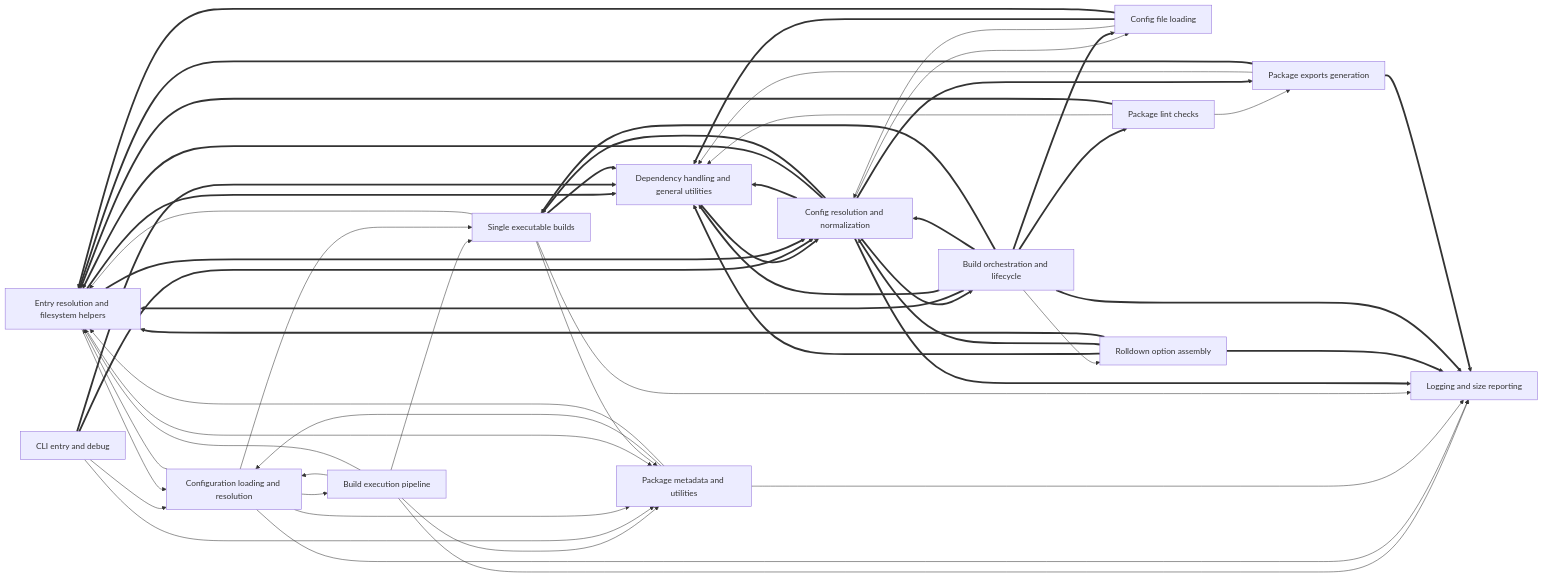
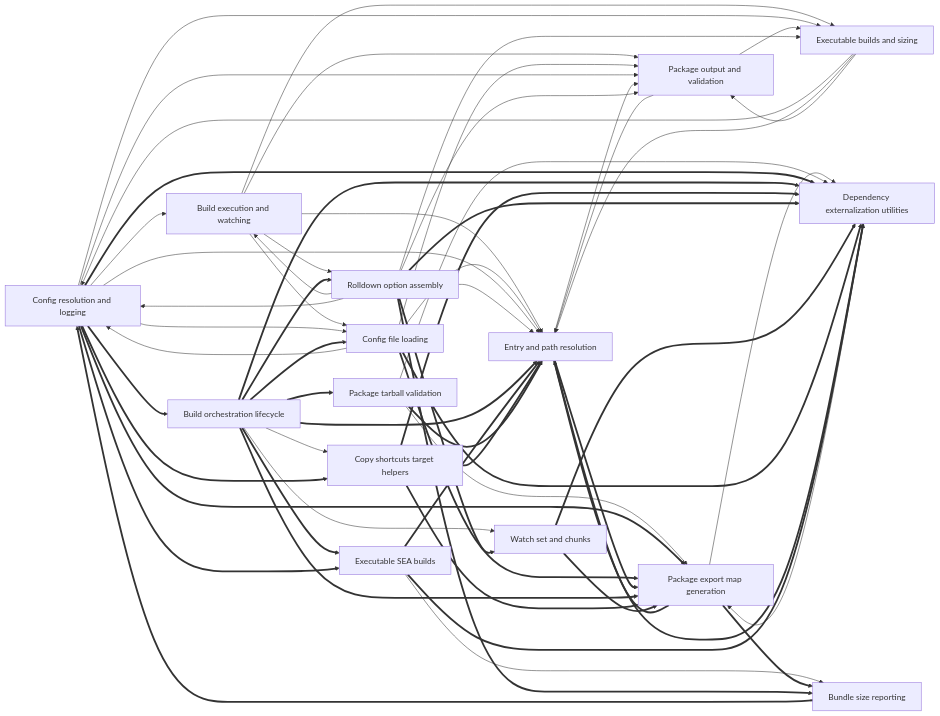
Before and after one commit to zlxdengtianhei/codebase-explorer: the diagram in examples/tsdown/docs/DEPENDENCIES.md, drawn with Mermaid. The commit also changed other lines of this file and 364 other files, not shown here.

````diff
--- a/examples/tsdown/docs/DEPENDENCIES.md
+++ b/examples/tsdown/docs/DEPENDENCIES.md
@@ -6,71 +6,79 @@
 ```mermaid
 flowchart LR
-  n0["Entry resolution and filesystem helpers"]
-  n1["Config resolution and normalization"]
-  n2["Dependency handling and general utilities"]
-  n3["Build orchestration and lifecycle"]
-  n4["Configuration loading and resolution"]
-  n5["Logging and size reporting"]
-  n6["Package metadata and utilities"]
-  n7["Single executable builds"]
-  n8["Build execution pipeline"]
-  n9["Config file loading"]
-  n10["Package exports generation"]
-  n11["Rolldown option assembly"]
-  n12["CLI entry and debug"]
-  n13["Package lint checks"]
-  n8 --> n4
-  n8 --> n0
+  n0["Config resolution and logging"]
+  n1["Entry and path resolution"]
+  n2["Dependency externalization utilities"]
+  n3["Package export map generation"]
+  n4["Build orchestration lifecycle"]
+  n5["Rolldown option assembly"]
+  n6["Package output and validation"]
+  n7["Config file loading"]
+  n8["Build execution and watching"]
+  n9["Executable builds and sizing"]
+  n10["Copy shortcuts target helpers"]
+  n11["Executable SEA builds"]
+  n12["Bundle size reporting"]
+  n13["Package tarball validation"]
+  n14["Watch set and chunks"]
+  n8 --> n7
+  n8 --> n1
+  n8 --> n9
+  n8 --> n6
   n8 --> n5
-  n8 --> n6
-  n8 --> n7
-  n3 --> n11
-  n12 --> n4
-  n12 --> n6
+  n4 --> n10
+  n4 --> n14
+  n7 --> n0
+  n7 --> n1
+  n7 --> n6
+  n0 --> n8
+  n0 --> n7
+  n0 --> n1
+  n0 --> n9
+  n0 --> n6
+  n2 --> n3
+  n1 --> n6
+  n9 --> n0
   n9 --> n1
-  n1 --> n9
-  n4 --> n8
-  n4 --> n0
-  n4 --> n5
-  n4 --> n6
-  n4 --> n7
-  n0 --> n4
-  n0 --> n6
-  n10 --> n2
+  n9 --> n6
+  n11 --> n12
+  n3 --> n2
+  n6 --> n1
+  n6 --> n9
   n13 --> n2
-  n13 --> n10
-  n6 --> n4
-  n6 --> n0
-  n6 --> n5
-  n7 --> n0
-  n7 --> n5
-  n7 --> n6
-  n3 ==> n0
+  n13 --> n3
+  n5 --> n8
+  n5 --> n0
+  n5 --> n1
+  n5 --> n9
+  n5 --> n6
+  n0 ==> n2
+  n4 ==> n1
+  n4 ==> n2
+  n0 ==> n3
+  n10 ==> n2
+  n5 ==> n2
+  n4 ==> n13
+  n4 ==> n5
+  n7 ==> n3
+  n1 ==> n3
+  n11 ==> n1
+  n14 ==> n2
+  n4 ==> n7
+  n4 ==> n11
+  n4 ==> n3
+  n12 ==> n0
+  n7 ==> n2
+  n0 ==> n4
+  n0 ==> n10
+  n0 ==> n11
+  n10 ==> n1
+  n10 ==> n3
   n1 ==> n2
-  n3 ==> n2
   n11 ==> n2
-  n1 ==> n5
-  n11 ==> n1
-  n11 ==> n5
+  n3 ==> n12
   n3 ==> n1
-  n9 ==> n2
-  n1 ==> n0
-  n2 ==> n1
-  n0 ==> n2
-  n11 ==> n0
-  n3 ==> n9
-  n3 ==> n5
-  n3 ==> n13
-  n3 ==> n7
-  n12 ==> n1
-  n12 ==> n2
-  n9 ==> n0
-  n1 ==> n3
-  n1 ==> n10
-  n1 ==> n7
-  n0 ==> n1
-  n10 ==> n0
-  n10 ==> n5
-  n13 ==> n0
-  n7 ==> n2
+  n13 ==> n1
+  n5 ==> n12
+  n5 ==> n14
+  n14 ==> n3
 ```
````
